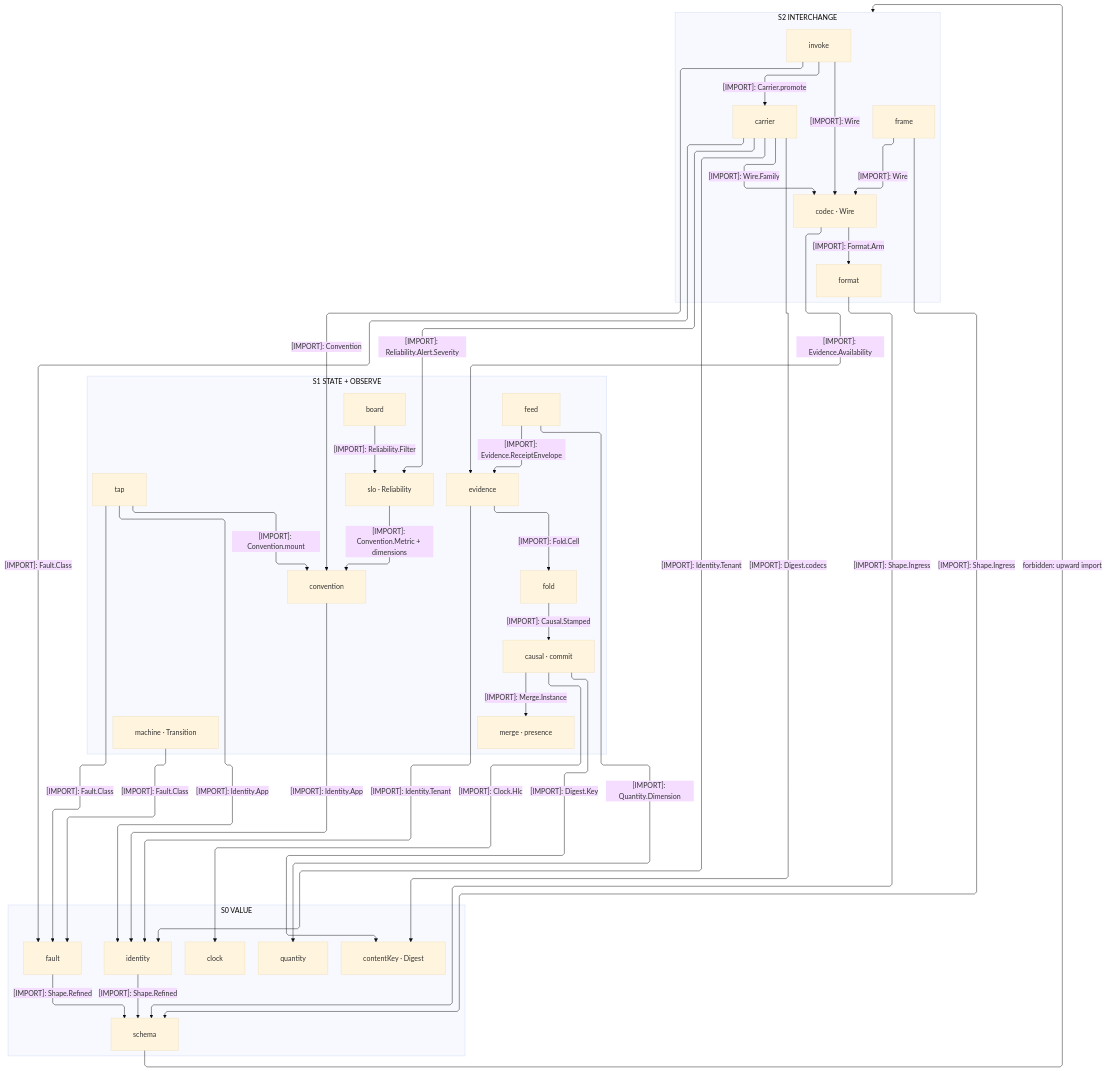
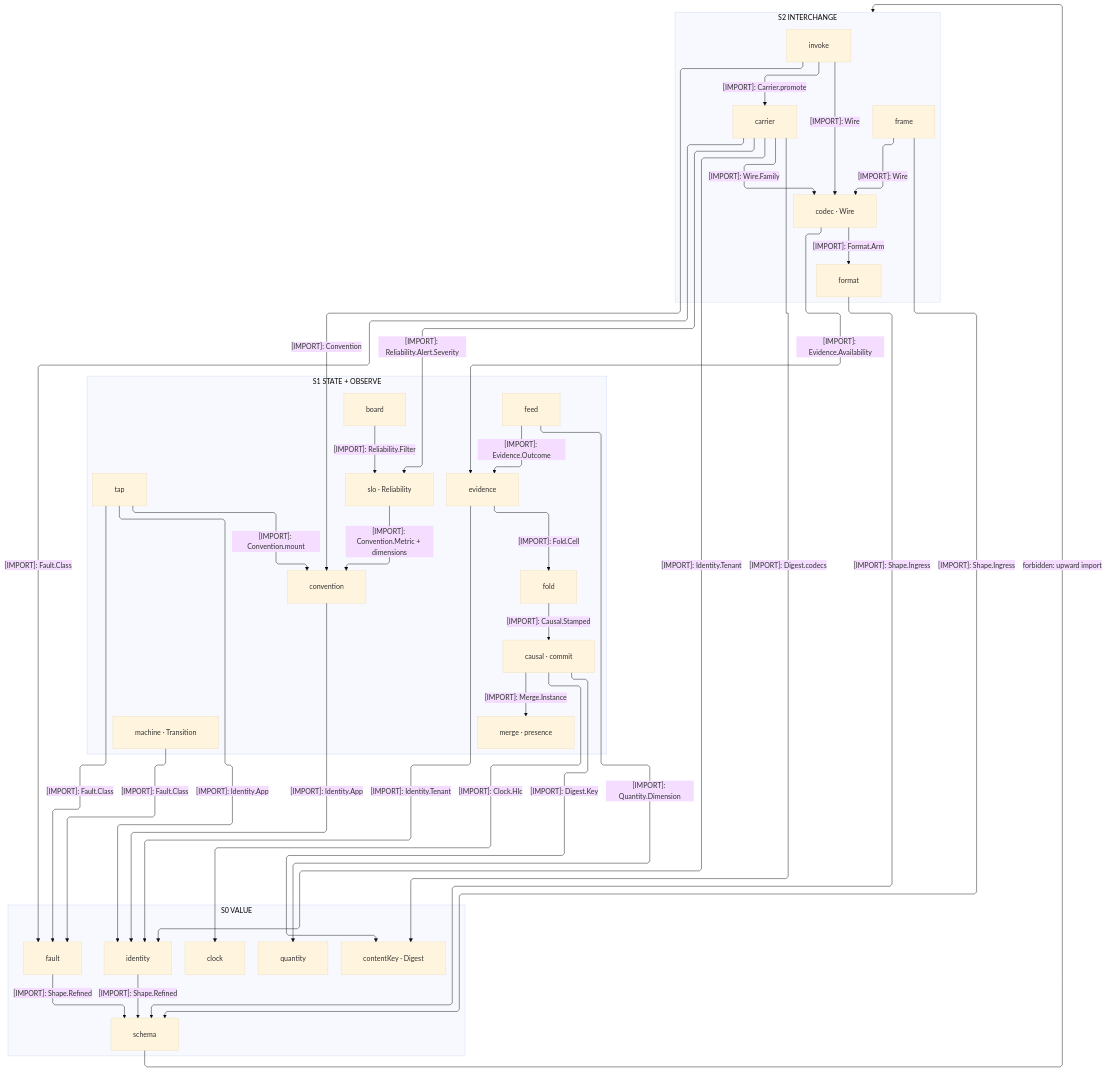
The first of 4 diagrams in libs/typescript/core/ARCHITECTURE.md (bsamiee/Rasm), drawn with Mermaid (base theme) before and after one commit. The commit also changed other lines of this file and 1417 other files, not shown here.

````diff
--- a/libs/typescript/core/ARCHITECTURE.md
+++ b/libs/typescript/core/ARCHITECTURE.md
@@ -52,70 +52,70 @@
 ```mermaid
 ---
 config:
   layout: elk
   flowchart:
     curve: linear
     padding: 25
 ---
 flowchart TB
     accTitle: Core interior import strata
     accDescr: How the interior sub-domains rank onto the value floor, every import downward.
     subgraph S2["S2 INTERCHANGE"]
         Invoke[invoke]
         CarrierP[carrier]
         Codec[codec · Wire]
         Format[format]
         Frame[frame]
     end
     subgraph S1["S1 STATE + OBSERVE"]
         Tap[tap]
         Board[board]
         Reliability[slo · Reliability]
         Convention[convention]
         Feed[feed]
         Evidence[evidence]
         Transition[machine · Transition]
         Fold[fold]
         Causal["causal · commit"]
         Merge["merge · presence"]
     end
     subgraph S0["S0 VALUE"]
         Identity[identity]
         Quantity[quantity]
         Clock[clock]
         Digest[contentKey · Digest]
         Schema[schema]
         Fault[fault]
     end
     Codec e1@-->|"[IMPORT]: Format.Arm"| Format
     Codec e2@-->|"[IMPORT]: Evidence.Availability"| Evidence
     Frame e3@-->|"[IMPORT]: Wire"| Codec
     Frame e4@-->|"[IMPORT]: Shape.Ingress"| Schema
     Invoke e6@-->|"[IMPORT]: Wire"| Codec
     Invoke e7@-->|"[IMPORT]: Carrier.promote"| CarrierP
     Invoke e8@-->|"[IMPORT]: Convention"| Convention
     CarrierP e9@-->|"[IMPORT]: Wire.Family"| Codec
     CarrierP e10@-->|"[IMPORT]: Identity.Tenant"| Identity
     CarrierP e11@-->|"[IMPORT]: Digest.codecs"| Digest
     CarrierP e12@-->|"[IMPORT]: Fault.Class"| Fault
     CarrierP e13@-->|"[IMPORT]: Reliability.Alert.Severity"| Reliability
     Format e14@-->|"[IMPORT]: Shape.Ingress"| Schema
     Causal e15@-->|"[IMPORT]: Clock.Hlc"| Clock
     Causal e16@-->|"[IMPORT]: Merge.Instance"| Merge
     Causal e17@-->|"[IMPORT]: Digest.Key"| Digest
     Fold e18@-->|"[IMPORT]: Causal.Stamped"| Causal
     Evidence e19@-->|"[IMPORT]: Fold.Cell"| Fold
     Evidence e20@-->|"[IMPORT]: Identity.Tenant"| Identity
-    Feed e21@-->|"[IMPORT]: Evidence.ReceiptEnvelope"| Evidence
+    Feed e21@-->|"[IMPORT]: Evidence.Outcome"| Evidence
     Feed e22@-->|"[IMPORT]: Quantity.Dimension"| Quantity
     Transition e23@-->|"[IMPORT]: Fault.Class"| Fault
     Reliability e24@-->|"[IMPORT]: Convention.Metric + dimensions"| Convention
     Tap e25@-->|"[IMPORT]: Convention.mount"| Convention
     Tap e26@-->|"[IMPORT]: Fault.Class"| Fault
     Tap e27@-->|"[IMPORT]: Identity.App"| Identity
     Board e28@-->|"[IMPORT]: Reliability.Filter"| Reliability
     Convention e29@-->|"[IMPORT]: Identity.App"| Identity
     Identity e30@-->|"[IMPORT]: Shape.Refined"| Schema
     Fault e31@-->|"[IMPORT]: Shape.Refined"| Schema
     Schema f1@-->|"forbidden: upward import"| S2
 ```
````
